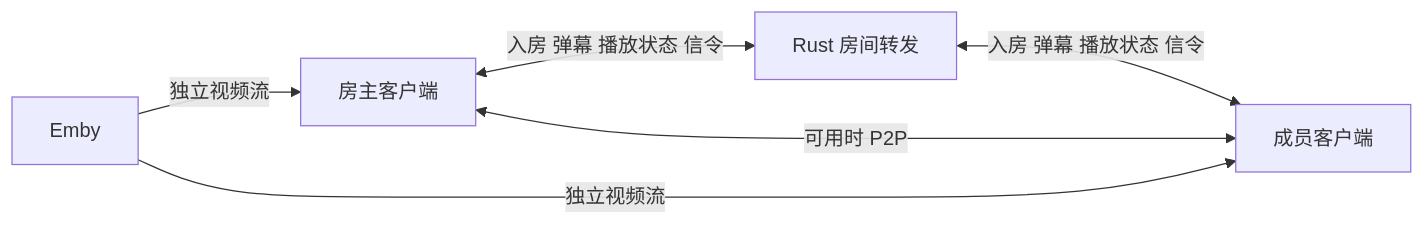
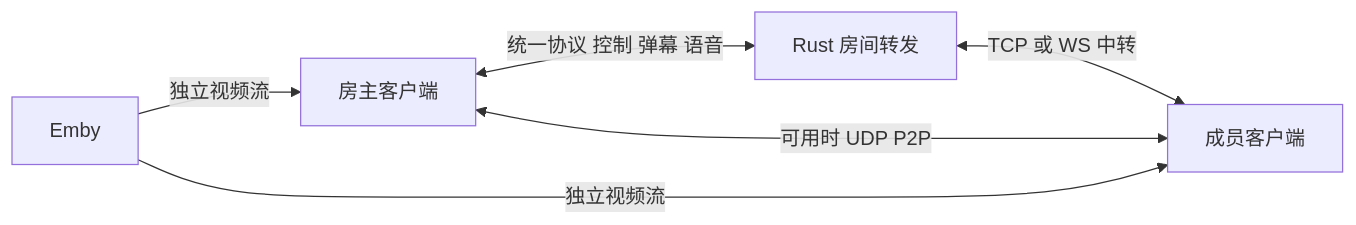
One commit to LinHuiG/chinese-chess-flipping changed the diagram in docs/WATCH_ROOM_PLAN.md. Above: the diagram before and after it, drawn with Mermaid. The commit also changed other lines of this file and 4 other files, not shown here.

````diff
--- a/docs/WATCH_ROOM_PLAN.md
+++ b/docs/WATCH_ROOM_PLAN.md
@@ -64,8 +97,8 @@
 ```mermaid
 flowchart LR
-    H[房主客户端] <-->|入房 弹幕 播放状态 信令| R[Rust 房间转发]
-    R <-->|入房 弹幕 播放状态 信令| G[成员客户端]
-    H <-->|可用时 P2P| G
+    H[房主客户端] <-->|统一协议 控制 弹幕 语音| R[Rust 房间转发]
+    R <-->|TCP 或 WS 中转| G[成员客户端]
+    H <-->|可用时 UDP P2P| G
     E[Emby] -->|独立视频流| H
     E -->|独立视频流| G
 ```
````
